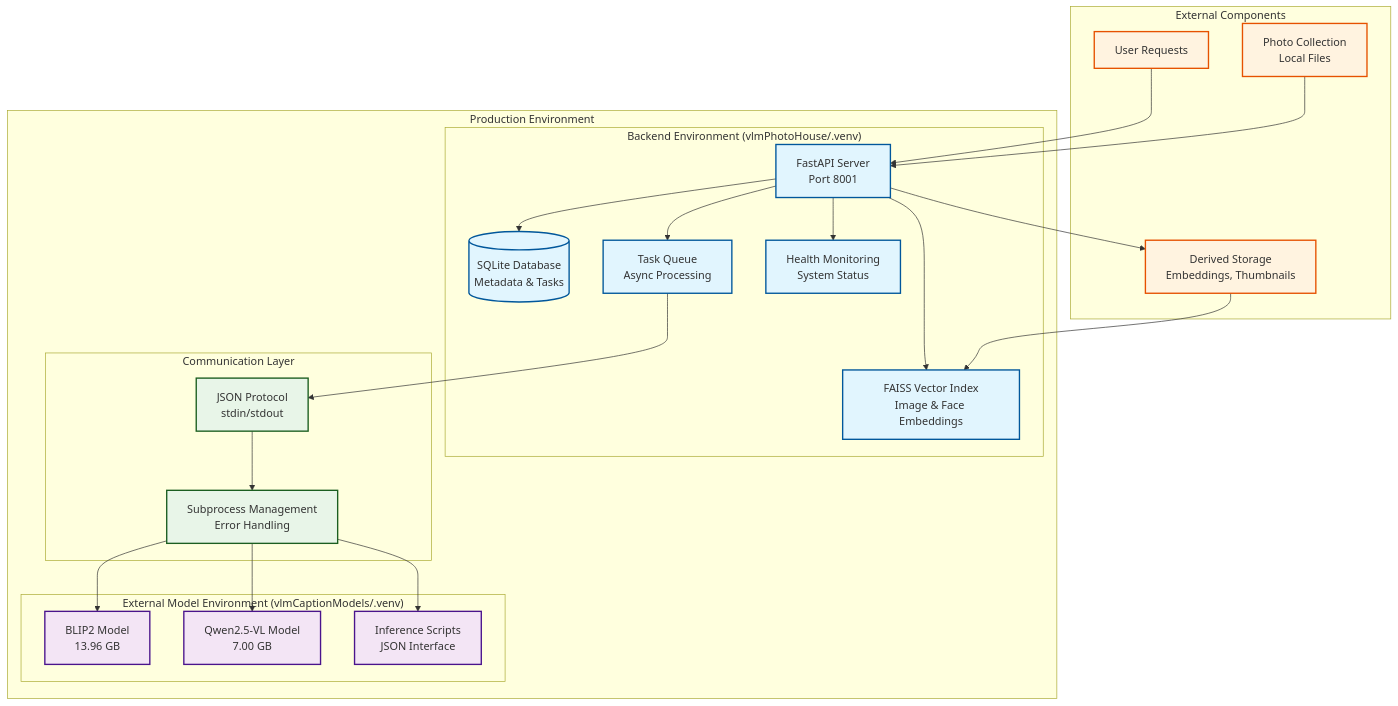
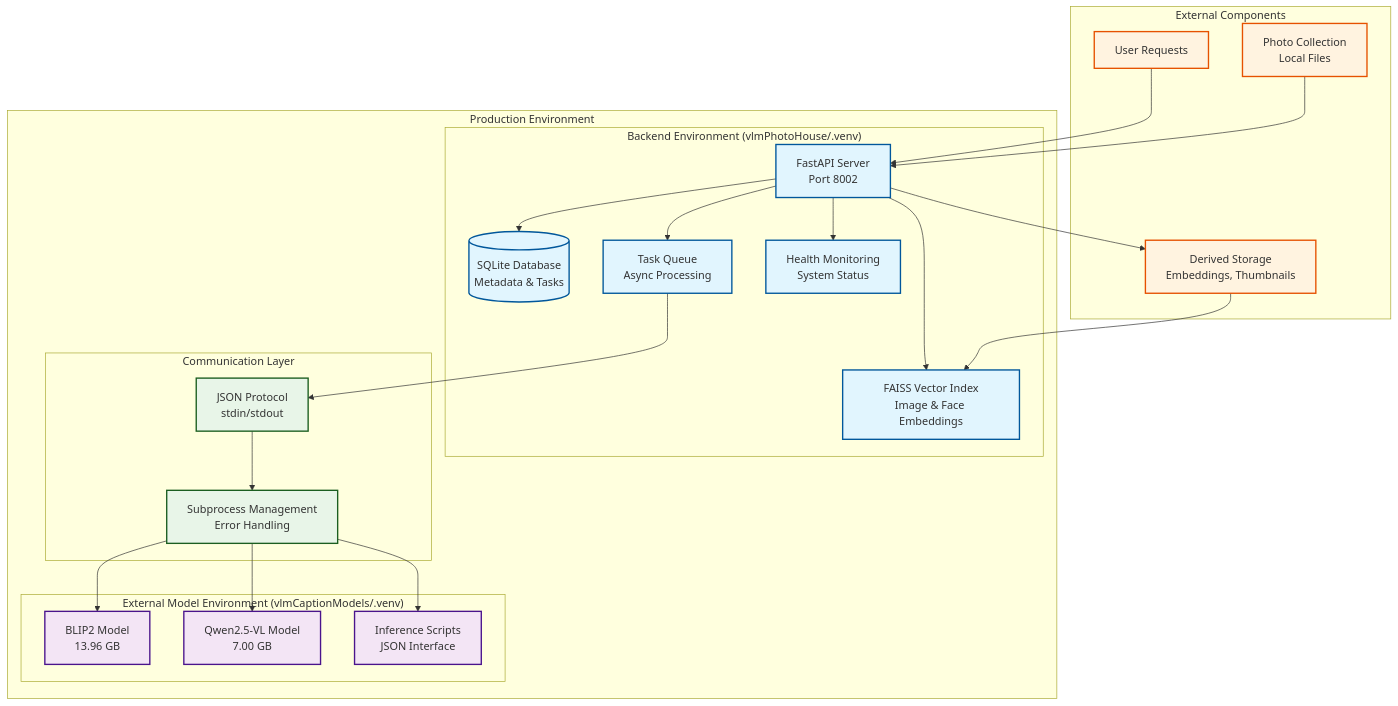
Before and after one commit to phoenixjyb/vlmPhotoHouse: the first of 10 diagrams in docs/architecture/architecture-diagrams.md, drawn with Mermaid. The commit also changed other lines of this file and 2 other files, not shown here.

Commit message:
docs(architecture): update API port to 8002, add voice proxy (LLMyTranslate) notes, and link Quick Start; keep single-origin proxy design documented

````diff
--- a/docs/architecture/architecture-diagrams.md
+++ b/docs/architecture/architecture-diagrams.md
@@ -11,59 +10,59 @@
 ```mermaid
 graph TB
     subgraph "Production Environment"
         subgraph "Backend Environment (vlmPhotoHouse/.venv)"
-            API[FastAPI Server<br/>Port 8001]
+            API[FastAPI Server<br/>Port 8002]
             DB[(SQLite Database<br/>Metadata & Tasks)]
             QUEUE[Task Queue<br/>Async Processing]
             VECTOR[FAISS Vector Index<br/>Image & Face Embeddings]
             HEALTH[Health Monitoring<br/>System Status]
         end
         
         subgraph "External Model Environment (vlmCaptionModels/.venv)"
             BLIP2[BLIP2 Model<br/>13.96 GB]
             QWEN[Qwen2.5-VL Model<br/>7.00 GB] 
             INFERENCE[Inference Scripts<br/>JSON Interface]
         end
         
         subgraph "Communication Layer"
             JSON_PROTO[JSON Protocol<br/>stdin/stdout]
             SUBPROCESS[Subprocess Management<br/>Error Handling]
         end
     end
     
     subgraph "External Components"
         USER[User Requests]
         PHOTOS[Photo Collection<br/>Local Files]
         STORAGE[Derived Storage<br/>Embeddings, Thumbnails]
     end
     
     %% Main connections
     USER --> API
     API --> DB
     API --> VECTOR
     API --> QUEUE
     API --> HEALTH
     
     %% Model communication
     QUEUE --> JSON_PROTO
     JSON_PROTO --> SUBPROCESS
     SUBPROCESS --> BLIP2
     SUBPROCESS --> QWEN
     SUBPROCESS --> INFERENCE
     
     %% Data flow
     PHOTOS --> API
     API --> STORAGE
     STORAGE --> VECTOR
     
     %% Styling
     classDef production fill:#e1f5fe,stroke:#01579b,stroke-width:2px
     classDef model fill:#f3e5f5,stroke:#4a148c,stroke-width:2px
     classDef communication fill:#e8f5e8,stroke:#1b5e20,stroke-width:2px
     classDef external fill:#fff3e0,stroke:#e65100,stroke-width:2px
     
     class API,DB,QUEUE,VECTOR,HEALTH production
     class BLIP2,QWEN,INFERENCE model
     class JSON_PROTO,SUBPROCESS communication
     class USER,PHOTOS,STORAGE external
 ```
````
